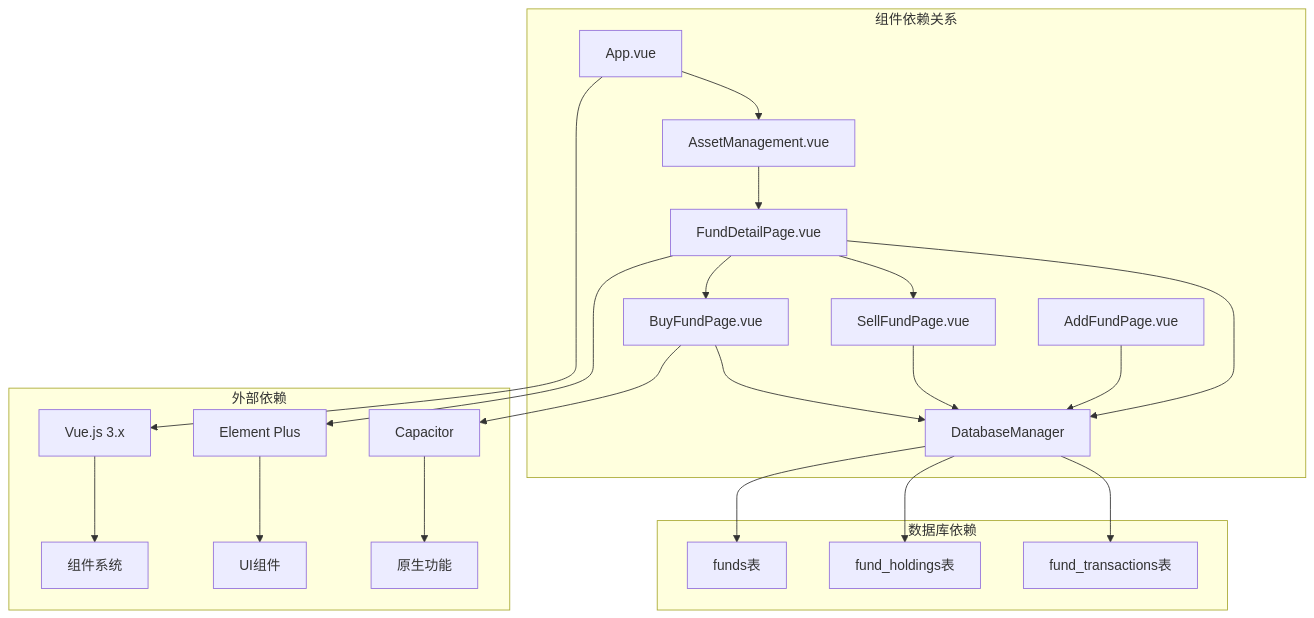
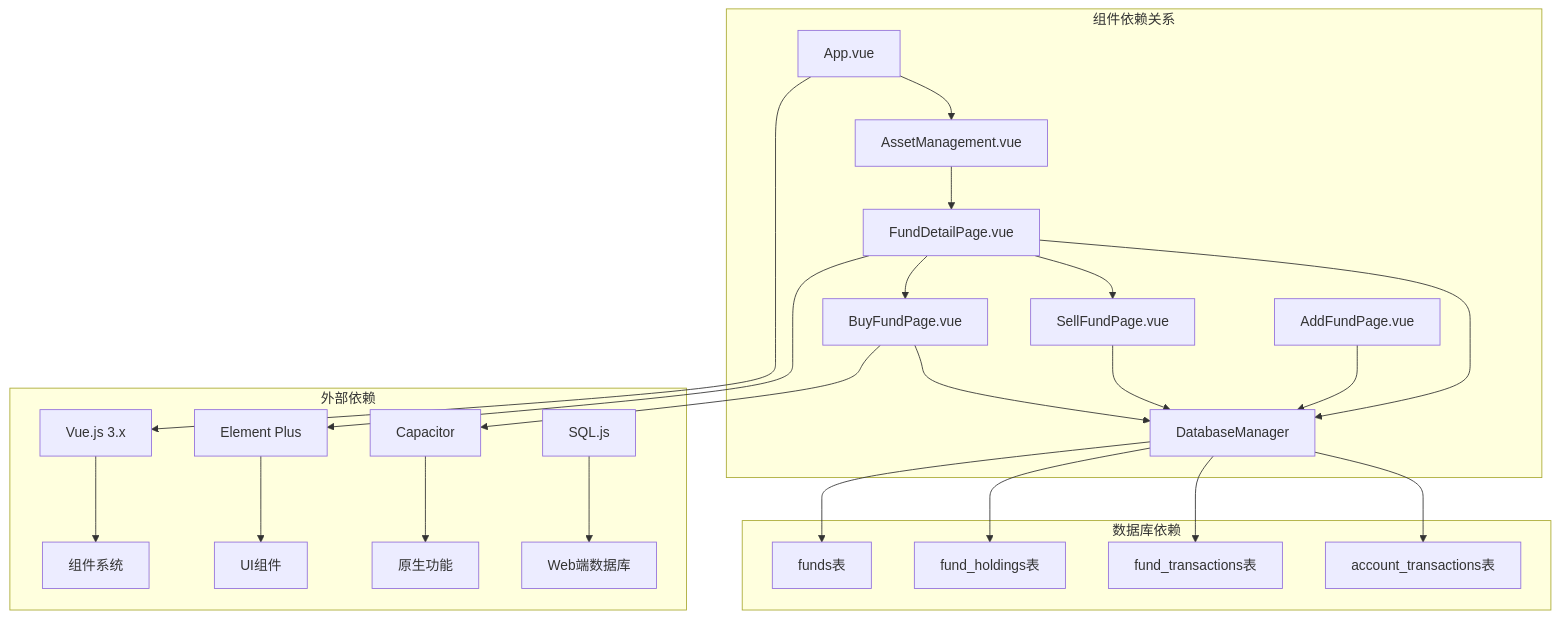
Before and after one commit to xiao-lin-unit/yuan: the eighth of 8 diagrams in .qoder/repowiki/zh/content/资产管理/基金管理.md, drawn with Mermaid. The commit also changed other lines of this file and 9 other files, not shown here.

````diff
--- a/.qoder/repowiki/zh/content/资产管理/基金管理.md
+++ b/.qoder/repowiki/zh/content/资产管理/基金管理.md
@@ -402,26 +435,28 @@
 ```mermaid
 graph TB
 subgraph "组件依赖关系"
 App[App.vue] --> Asset[AssetManagement.vue]
 Asset --> FundDetail[FundDetailPage.vue]
 FundDetail --> BuyFund[BuyFundPage.vue]
 FundDetail --> SellFund[SellFundPage.vue]
 BuyFund --> DB[DatabaseManager]
 SellFund --> DB
 AddFund[AddFundPage.vue] --> DB
 FundDetail --> DB
 end
 subgraph "数据库依赖"
 DB --> Funds[funds表]
 DB --> Holdings[fund_holdings表]
 DB --> Transactions[fund_transactions表]
+DB --> AccountTransactions[account_transactions表]
 end
 subgraph "外部依赖"
 Vue[Vue.js 3.x] --> Components[组件系统]
 ElementPlus[Element Plus] --> UIComponents[UI组件]
 Capacitor[Capacitor] --> Native[原生功能]
+SQL.js[SQL.js] --> Web[Web端数据库]
 end
 App --> Vue
 FundDetail --> ElementPlus
 BuyFund --> Capacitor
 ```
````
